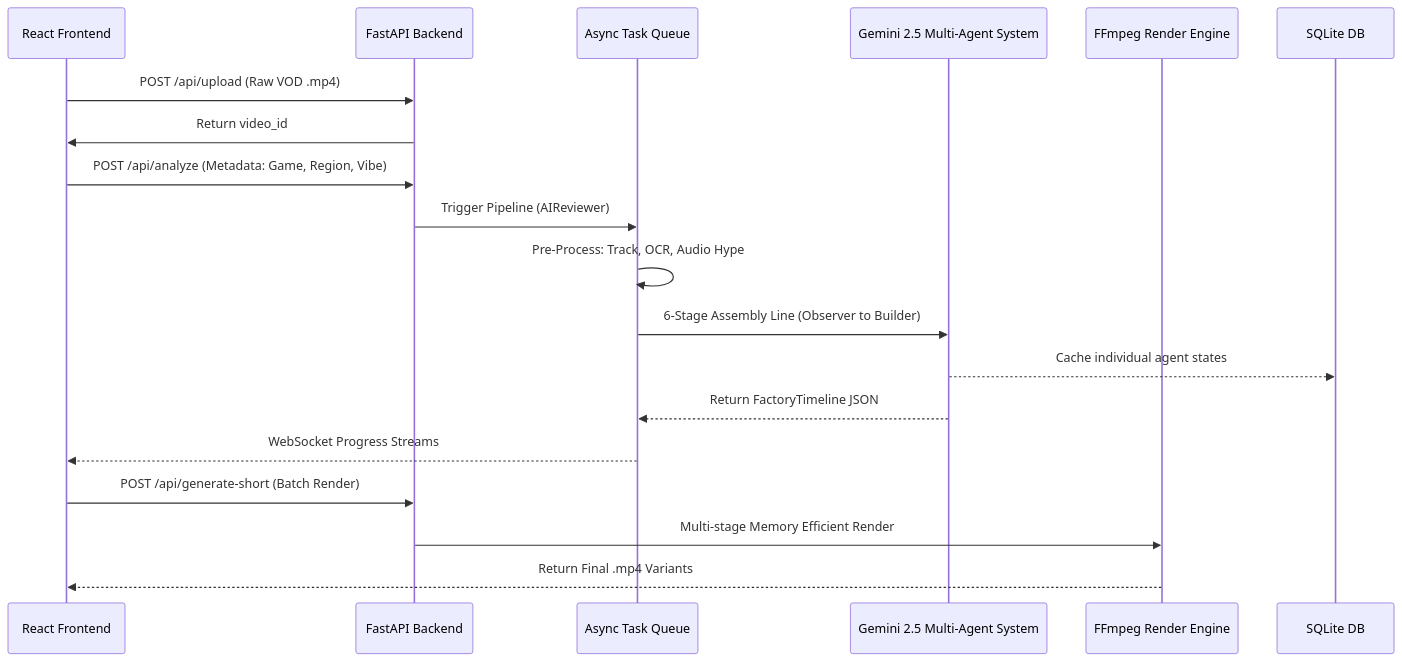
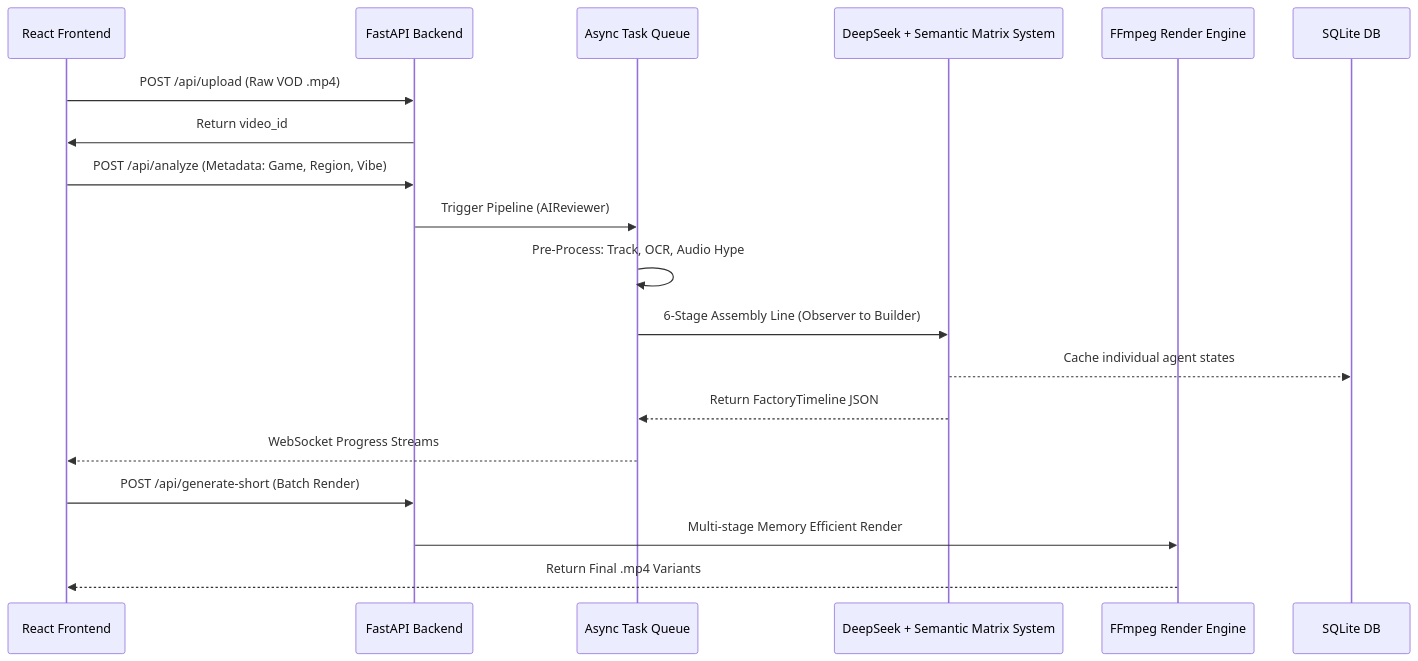
Before and after one commit to sudo-krish/youtube-shorts-generator-antigravity: the diagram in docs/Architecture/System_Architecture.md, drawn with Mermaid. The commit also changed other lines of this file and 37 other files, not shown here.

Commit message:
refactor: implement AI transformer-based semantic matrix analysis for observer agents and add audio RMS validation to the QA gate.

````diff
--- a/docs/Architecture/System_Architecture.md
+++ b/docs/Architecture/System_Architecture.md
@@ -22,22 +22,22 @@
 ```mermaid
 sequenceDiagram
     participant UI as React Frontend
     participant API as FastAPI Backend
     participant Worker as Async Task Queue
-    participant AI as Gemini 2.5 Multi-Agent System
+    participant AI as DeepSeek + Semantic Matrix System
     participant FFmpeg as FFmpeg Render Engine
     participant DB as SQLite DB
 
     UI->>API: POST /api/upload (Raw VOD .mp4)
     API->>UI: Return video_id
     UI->>API: POST /api/analyze (Metadata: Game, Region, Vibe)
     API->>Worker: Trigger Pipeline (AIReviewer)
     Worker->>Worker: Pre-Process: Track, OCR, Audio Hype
     Worker->>AI: 6-Stage Assembly Line (Observer to Builder)
     AI-->>DB: Cache individual agent states
     AI-->>Worker: Return FactoryTimeline JSON
     Worker-->>UI: WebSocket Progress Streams
     UI->>API: POST /api/generate-short (Batch Render)
     API->>FFmpeg: Multi-stage Memory Efficient Render
     FFmpeg-->>UI: Return Final .mp4 Variants
 ```
````
